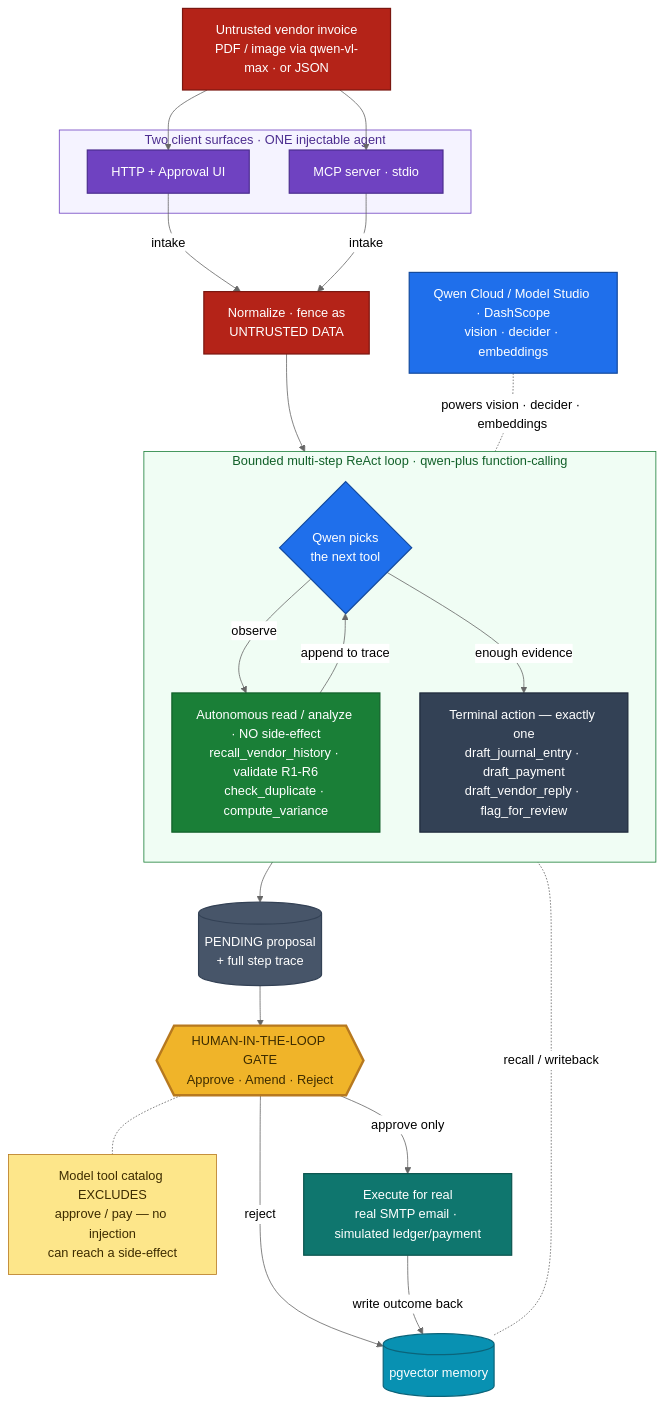
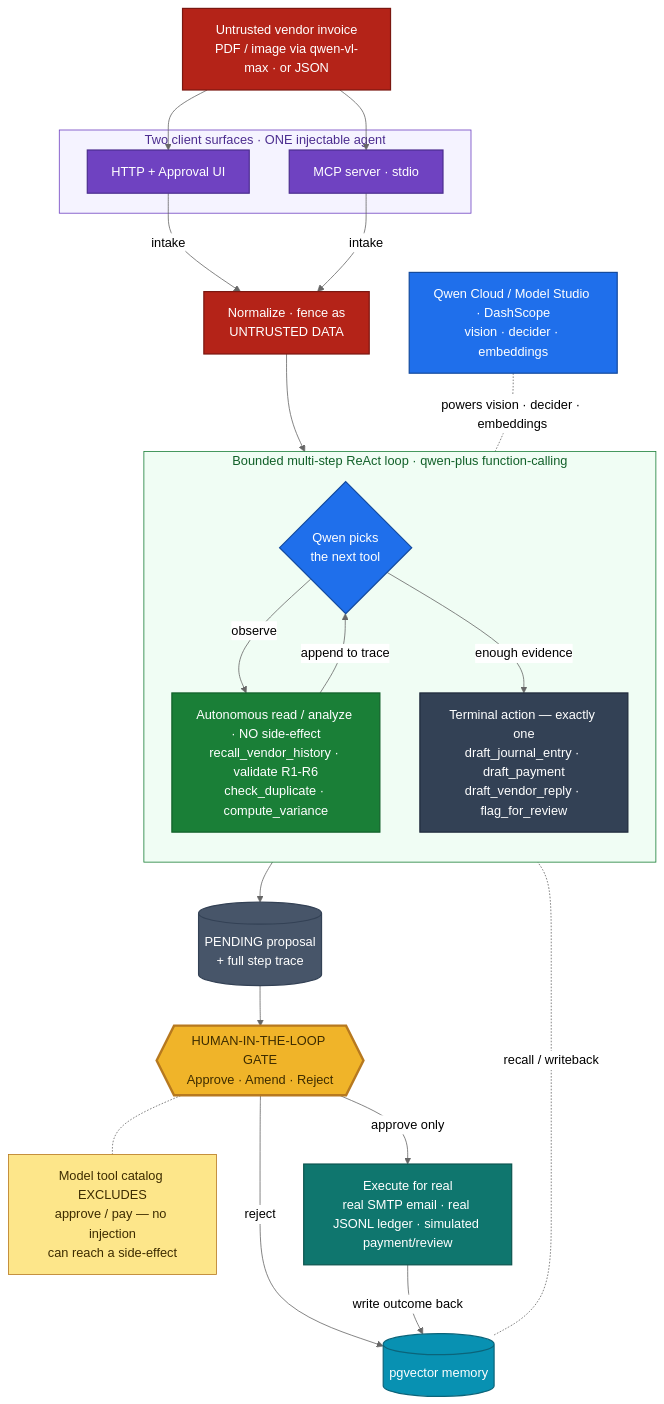
One commit to upgradedev/archon-qwen-autopilot changed the diagram in README.md. Above: the diagram before and after it, drawn with Mermaid (neutral theme). The commit also changed other lines of this file and 21 other files, not shown here.

First line of the commit message:
feat(ap): 2nd real terminal sink (durable JSONL ledger) + machine-checkable readiness gate (#32)

````diff
--- a/README.md
+++ b/README.md
@@ -145,58 +148,58 @@
 ```mermaid
 flowchart TD
     IN["Untrusted vendor invoice<br/>PDF / image via qwen-vl-max &middot; or JSON"]:::untrusted
 
     subgraph SURF["Two client surfaces &middot; ONE injectable agent"]
       HTTP["HTTP + Approval UI"]:::surface
       MCP["MCP server &middot; stdio"]:::surface
     end
 
     NORM["Normalize &middot; fence as<br/>UNTRUSTED DATA"]:::untrusted
 
     subgraph LOOP["Bounded multi-step ReAct loop &middot; qwen-plus function-calling"]
       direction TB
       DEC{"Qwen picks<br/>the next tool"}:::ai
       READ["Autonomous read / analyze &middot; NO side-effect<br/>recall_vendor_history &middot; validate R1-R6<br/>check_duplicate &middot; compute_variance"]:::auto
       TERM["Terminal action &mdash; exactly one<br/>draft_journal_entry &middot; draft_payment<br/>draft_vendor_reply &middot; flag_for_review"]:::terminal
       DEC -->|observe| READ
       READ -->|append to trace| DEC
       DEC -->|enough evidence| TERM
     end
 
     PEND[("PENDING proposal<br/>+ full step trace")]:::pending
     GATE{{"HUMAN-IN-THE-LOOP GATE<br/>Approve &middot; Amend &middot; Reject"}}:::gate
     NOTE["Model tool catalog EXCLUDES<br/>approve / pay &mdash; no injection<br/>can reach a side-effect"]:::guard
-    EXE["Execute for real<br/>real SMTP email &middot; simulated ledger/payment"]:::exec
+    EXE["Execute for real<br/>real SMTP email &middot; real JSONL ledger &middot; simulated payment/review"]:::exec
 
     MEM[("pgvector memory")]:::memory
     QWEN["Qwen Cloud / Model Studio &middot; DashScope<br/>vision &middot; decider &middot; embeddings"]:::ai
 
     IN --> HTTP
     IN --> MCP
     HTTP -->|intake| NORM
     MCP -->|intake| NORM
     NORM --> DEC
     TERM --> PEND
     PEND --> GATE
     GATE -->|approve only| EXE
     GATE -->|reject| MEM
     EXE -->|write outcome back| MEM
     GATE -.- NOTE
 
     MEM -. recall / writeback .- READ
     QWEN -. powers vision &middot; decider &middot; embeddings .- LOOP
 
     classDef untrusted fill:#b42318,stroke:#7a1710,stroke-width:1.5px,color:#ffffff;
     classDef surface fill:#6f42c1,stroke:#4c2d8f,stroke-width:1.5px,color:#ffffff;
     classDef ai fill:#1f6feb,stroke:#134a9e,stroke-width:1.5px,color:#ffffff;
     classDef auto fill:#1a7f37,stroke:#116029,stroke-width:1.5px,color:#ffffff;
     classDef terminal fill:#334155,stroke:#1e293b,stroke-width:1.5px,color:#ffffff;
     classDef pending fill:#475569,stroke:#334155,stroke-width:1.5px,color:#ffffff;
     classDef gate fill:#f0b429,stroke:#b7791f,stroke-width:3px,color:#3d2c00;
     classDef guard fill:#fde68a,stroke:#b7791f,stroke-width:1px,color:#3d2c00;
     classDef exec fill:#0f766e,stroke:#0b544e,stroke-width:1.5px,color:#ffffff;
     classDef memory fill:#0891b2,stroke:#0b647a,stroke-width:1.5px,color:#ffffff;
 
     style SURF fill:#f5f3ff,stroke:#6f42c1,color:#4c2d8f;
     style LOOP fill:#f0fdf4,stroke:#1a7f37,color:#116029;
 ```
````
